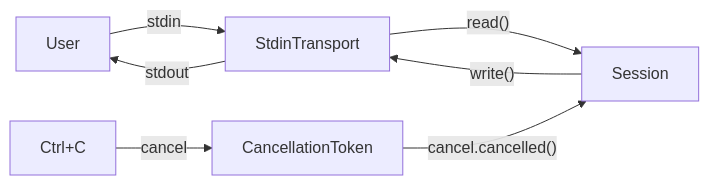
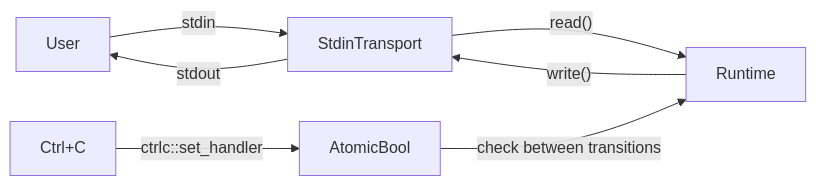
The diagram in context/architecture.md (lucas-montes/fyah), drawn with Mermaid before and after one commit. The commit also changed other lines of this file and 24 other files, not shown here.

````diff
--- a/context/architecture.md
+++ b/context/architecture.md
@@ -5,9 +5,9 @@
 ```mermaid
 flowchart LR
     User -- stdin --> StdinTransport
-    StdinTransport -- read() --> Session
-    Session -- write() --> StdinTransport
+    StdinTransport -- read() --> Runtime
+    Runtime -- write() --> StdinTransport
     StdinTransport -- stdout --> User
-    Ctrl+C -- cancel --> CancellationToken
-    CancellationToken -- cancel.cancelled() --> Session
+    Ctrl+C -- "ctrlc::set_handler" --> AtomicBool
+    AtomicBool -- "check between transitions" --> Runtime
 ```
````
